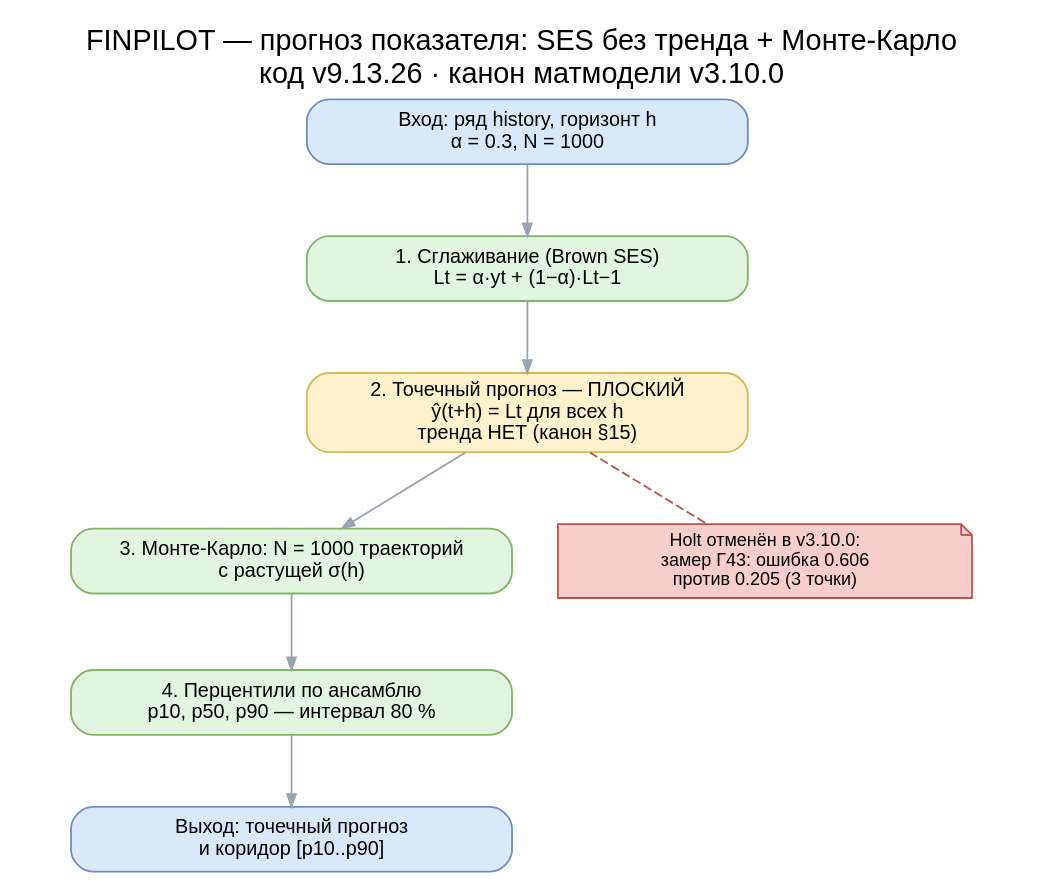
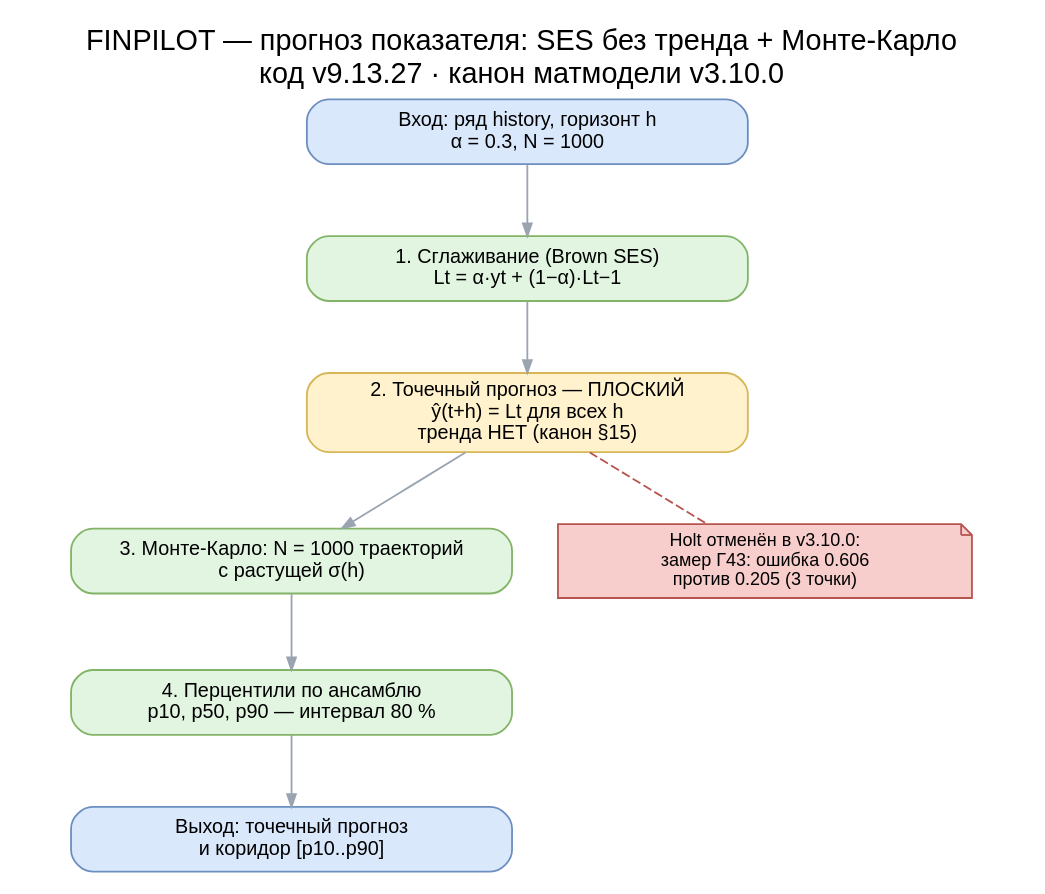
The diagram in docs/diagrams/src/15_forecast_GOST.dot (vevdokimovm/personal-finance-dss), drawn with Graphviz before and after one commit. The commit also changed 34 other files, not shown here.

Commit message:
personal-finance-dss v9.13.27 — версия проставлена всем диаграммам, включая рисуемые вручную

```diff
--- a/docs/diagrams/src/15_forecast_GOST.dot
+++ b/docs/diagrams/src/15_forecast_GOST.dot
@@ -1,23 +1,23 @@
 digraph forecast {
   graph [rankdir=TB, fontname="Helvetica", labelloc=t, fontsize=16,
-         label="FINPILOT — прогноз показателя: SES без тренда + Монте-Карло\nкод v9.13.26 · канон матмодели v3.10.0",
+         label="FINPILOT — прогноз показателя: SES без тренда + Монте-Карло\nкод v9.13.27 · канон матмодели v3.10.0",
          nodesep=0.35, ranksep=0.55];
   node [fontname="Helvetica", fontsize=11, style="rounded,filled",
         fillcolor="#e1f5e1", color="#82b366", shape=box, width=3.4];
   edge [color="#9aa4b1", arrowsize=0.7];
 
   s0 [label="Вход: ряд history, горизонт h\nα = 0.3, N = 1000",
       fillcolor="#dae8fc", color="#6c8ebf"];
   s1 [label="1. Сглаживание (Brown SES)\nLt = α·yt + (1−α)·Lt−1"];
   s2 [label="2. Точечный прогноз — ПЛОСКИЙ\nŷ(t+h) = Lt для всех h\nтренда НЕТ (канон §15)",
       fillcolor="#fff2cc", color="#d6b656"];
   s3 [label="3. Монте-Карло: N = 1000 траекторий\nс растущей σ(h)"];
   s4 [label="4. Перцентили по ансамблю\np10, p50, p90 — интервал 80 %"];
   s5 [label="Выход: точечный прогноз\nи коридор [p10..p90]", fillcolor="#dae8fc", color="#6c8ebf"];
 
   note [label="Holt отменён в v3.10.0:\nзамер Г43: ошибка 0.606\nпротив 0.205 (3 точки)",
         shape=note, fillcolor="#f8cecc", color="#b85450", fontsize=10, width=3.2];
 
   s0 -> s1 -> s2 -> s3 -> s4 -> s5;
   s2 -> note [style=dashed, arrowhead=none, color="#b85450"];
 }
```
